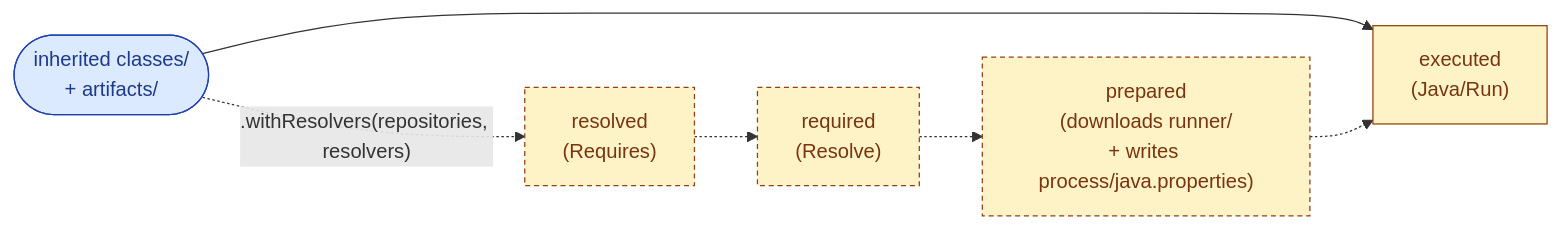
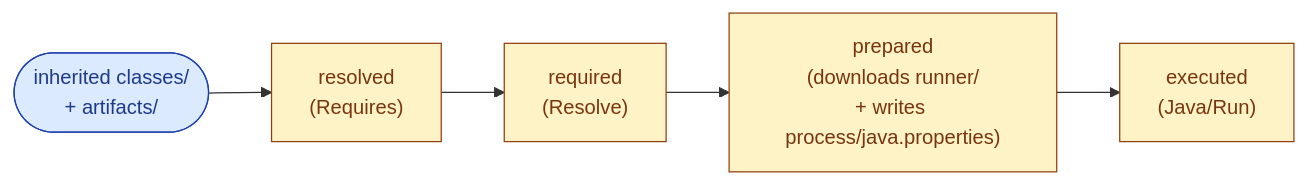
Before and after one commit to raphw/jenesis: the second of 6 diagrams in README.md, drawn with Mermaid. The commit also changed other lines of this file and 4 other files, not shown here.

````diff
--- a/README.md
+++ b/README.md
@@ -495,16 +497,15 @@
 ```mermaid
 flowchart LR
   classDef input fill:#dbeafe,stroke:#1e40af,color:#1e3a8a;
   classDef step fill:#fef3c7,stroke:#92400e,color:#78350f;
   classDef optional fill:#fef3c7,stroke:#92400e,color:#78350f,stroke-dasharray:4 3;
   arts(["inherited classes/<br/>+ artifacts/"]):::input
-  resolved["resolved<br/>(Requires)"]:::optional
-  required["required<br/>(Resolve)"]:::optional
-  prepared["prepared<br/>(downloads runner/<br/>+ writes process/java.properties)"]:::optional
+  resolved["resolved<br/>(Requires)"]:::step
+  required["required<br/>(Resolve)"]:::step
+  prepared["prepared<br/>(downloads runner/<br/>+ writes process/java.properties)"]:::step
   executed["executed<br/>(Java/Run)"]:::step
-  arts --> executed
-  arts -.->|".withResolvers(repositories, resolvers)"| resolved
-  resolved -.-> required
-  required -.-> prepared
-  prepared -.-> executed
+  arts --> resolved
+  resolved --> required
+  required --> prepared
+  prepared --> executed
 ```
````
